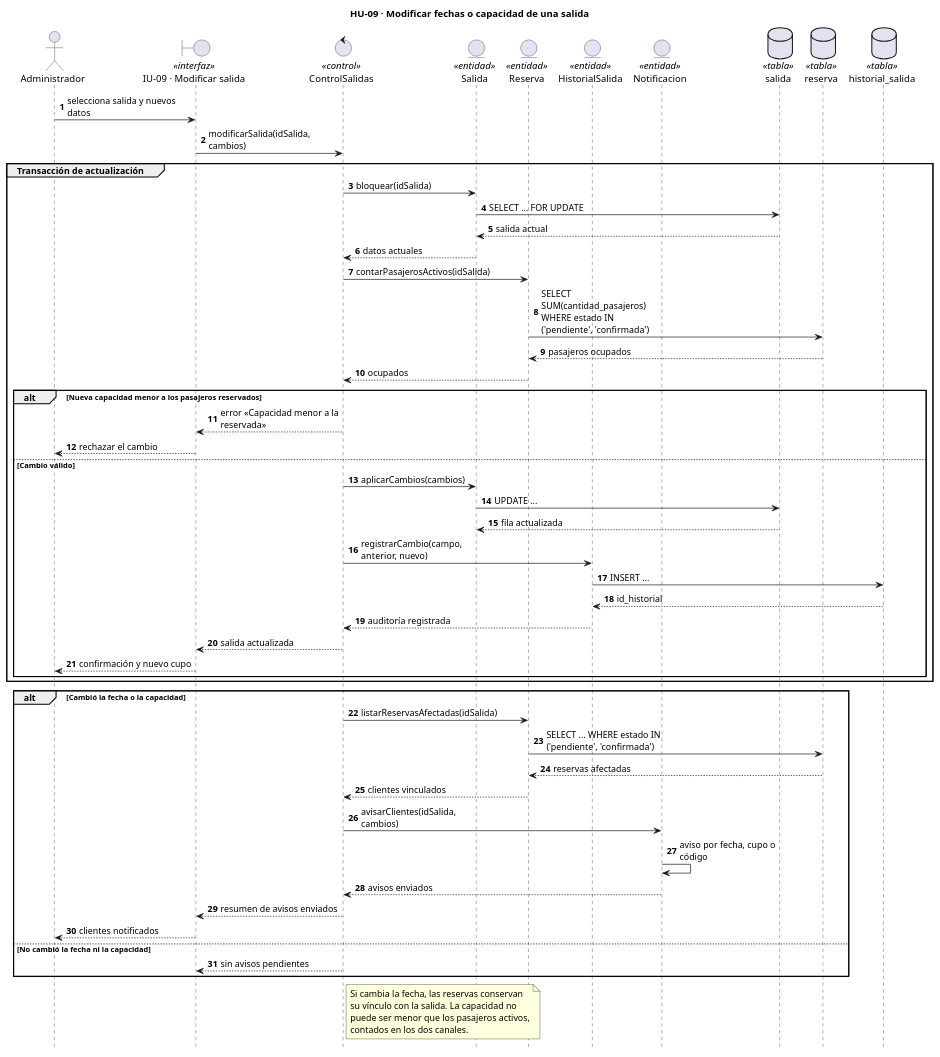
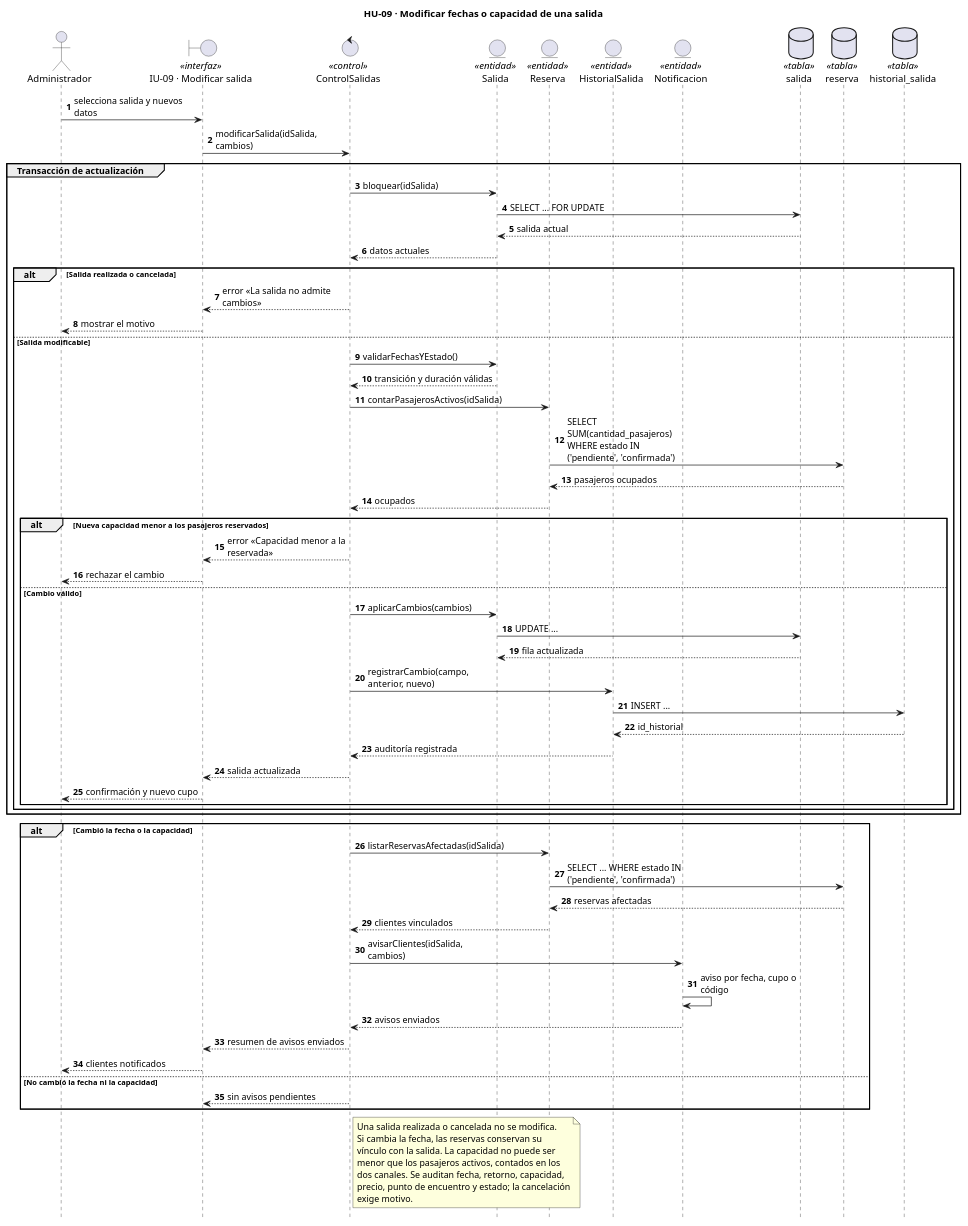
One commit to fervflow/sis-inf3-proyecto-formativo changed the diagram in sistema/diagramas/uml/secuencia/hu-09-modificar-salida.puml. Above: the diagram before and after it, drawn with PlantUML. The commit also changed 68 other files, not shown here.

```diff
--- a/sistema/diagramas/uml/secuencia/hu-09-modificar-salida.puml
+++ b/sistema/diagramas/uml/secuencia/hu-09-modificar-salida.puml
@@ -1,70 +1,81 @@
 @startuml
 title HU-09 · Modificar fechas o capacidad de una salida
 ' La capacidad no puede quedar por debajo de los pasajeros ya reservados y
 ' los clientes afectados reciben aviso (HU-16).
 hide footbox
 autonumber
 skinparam maxMessageSize 175
 
 actor "Administrador" as ADM
 boundary "IU-09 · Modificar salida" as UI <<interfaz>>
 control "ControlSalidas" as CTRL <<control>>
 entity "Salida" as E_SALIDA <<entidad>>
 entity "Reserva" as E_RESERVA <<entidad>>
 entity "HistorialSalida" as E_HISTORIAL <<entidad>>
 entity "Notificacion" as E_NOTIFICACION <<entidad>>
 database "salida" as T_SALIDA <<tabla>>
 database "reserva" as T_RESERVA <<tabla>>
 database "historial_salida" as T_HISTORIAL <<tabla>>
 
 ADM -> UI : selecciona salida y nuevos datos
 UI -> CTRL : modificarSalida(idSalida, cambios)
 
 group Transacción de actualización
     CTRL -> E_SALIDA : bloquear(idSalida)
     E_SALIDA -> T_SALIDA : SELECT ... FOR UPDATE
     T_SALIDA --> E_SALIDA : salida actual
     E_SALIDA --> CTRL : datos actuales
 
-    CTRL -> E_RESERVA : contarPasajerosActivos(idSalida)
-    E_RESERVA -> T_RESERVA : SELECT SUM(cantidad_pasajeros)\nWHERE estado IN ('pendiente', 'confirmada')
-    T_RESERVA --> E_RESERVA : pasajeros ocupados
-    E_RESERVA --> CTRL : ocupados
+    alt Salida realizada o cancelada
+        CTRL --> UI : error «La salida no admite cambios»
+        UI --> ADM : mostrar el motivo
+    else Salida modificable
+        CTRL -> E_SALIDA : validarFechasYEstado()
+        E_SALIDA --> CTRL : transición y duración válidas
 
-    alt Nueva capacidad menor a los pasajeros reservados
-        CTRL --> UI : error «Capacidad menor a la reservada»
-        UI --> ADM : rechazar el cambio
-    else Cambio válido
-        CTRL -> E_SALIDA : aplicarCambios(cambios)
-        E_SALIDA -> T_SALIDA : UPDATE ...
-        T_SALIDA --> E_SALIDA : fila actualizada
-        CTRL -> E_HISTORIAL : registrarCambio(campo, anterior, nuevo)
-        E_HISTORIAL -> T_HISTORIAL : INSERT ...
-        T_HISTORIAL --> E_HISTORIAL : id_historial
-        E_HISTORIAL --> CTRL : auditoría registrada
-        CTRL --> UI : salida actualizada
-        UI --> ADM : confirmación y nuevo cupo
+        CTRL -> E_RESERVA : contarPasajerosActivos(idSalida)
+        E_RESERVA -> T_RESERVA : SELECT SUM(cantidad_pasajeros)\nWHERE estado IN ('pendiente', 'confirmada')
+        T_RESERVA --> E_RESERVA : pasajeros ocupados
+        E_RESERVA --> CTRL : ocupados
+
+        alt Nueva capacidad menor a los pasajeros reservados
+            CTRL --> UI : error «Capacidad menor a la reservada»
+            UI --> ADM : rechazar el cambio
+        else Cambio válido
+            CTRL -> E_SALIDA : aplicarCambios(cambios)
+            E_SALIDA -> T_SALIDA : UPDATE ...
+            T_SALIDA --> E_SALIDA : fila actualizada
+            CTRL -> E_HISTORIAL : registrarCambio(campo, anterior, nuevo)
+            E_HISTORIAL -> T_HISTORIAL : INSERT ...
+            T_HISTORIAL --> E_HISTORIAL : id_historial
+            E_HISTORIAL --> CTRL : auditoría registrada
+            CTRL --> UI : salida actualizada
+            UI --> ADM : confirmación y nuevo cupo
+        end
     end
 end
 
 alt Cambió la fecha o la capacidad
     CTRL -> E_RESERVA : listarReservasAfectadas(idSalida)
     E_RESERVA -> T_RESERVA : SELECT ... WHERE estado IN ('pendiente', 'confirmada')
     T_RESERVA --> E_RESERVA : reservas afectadas
     E_RESERVA --> CTRL : clientes vinculados
     CTRL -> E_NOTIFICACION : avisarClientes(idSalida, cambios)
     E_NOTIFICACION -> E_NOTIFICACION : aviso por fecha, cupo o código
     E_NOTIFICACION --> CTRL : avisos enviados
     CTRL --> UI : resumen de avisos enviados
     UI --> ADM : clientes notificados
 else No cambió la fecha ni la capacidad
     CTRL --> UI : sin avisos pendientes
 end
 
 note right of CTRL
-    Si cambia la fecha, las reservas conservan
-    su vínculo con la salida. La capacidad no
-    puede ser menor que los pasajeros activos,
-    contados en los dos canales.
+    Una salida realizada o cancelada no se modifica.
+    Si cambia la fecha, las reservas conservan su
+    vínculo con la salida. La capacidad no puede ser
+    menor que los pasajeros activos, contados en los
+    dos canales. Se auditan fecha, retorno, capacidad,
+    precio, punto de encuentro y estado; la cancelación
+    exige motivo.
 end note
 @enduml
```
